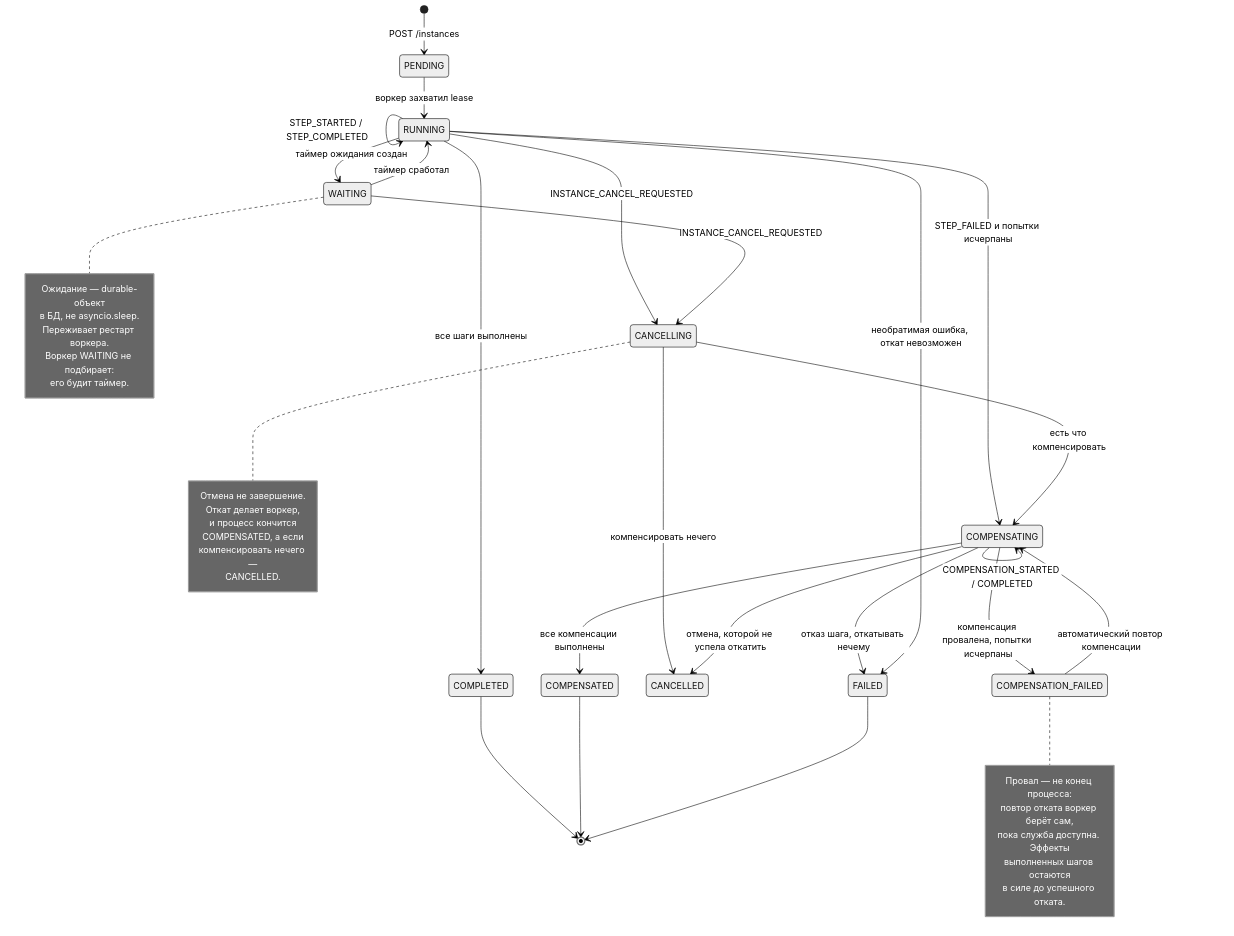
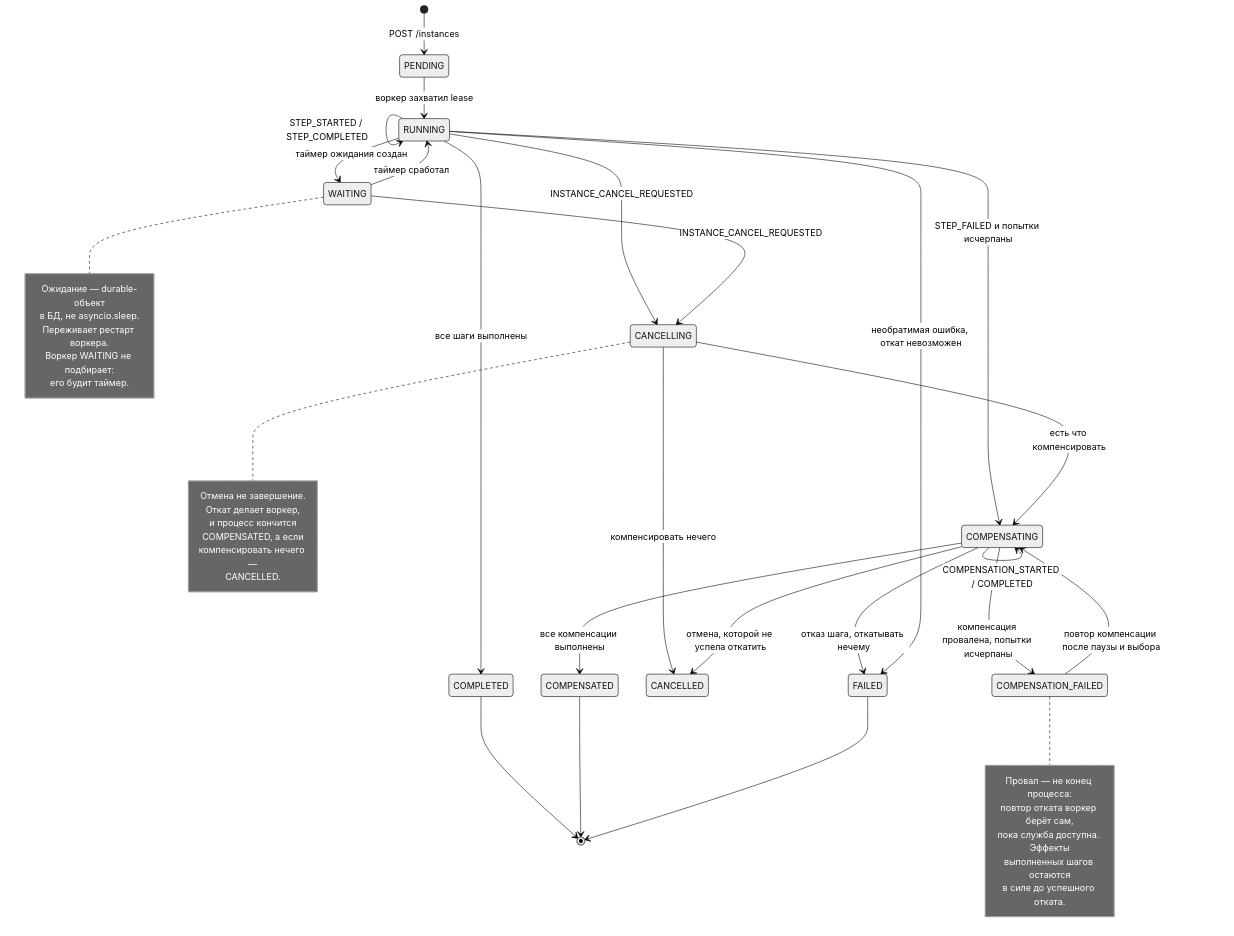
The fourth of 4 diagrams in docs/ENGINE.md (tolstosheev/workflow-engine), drawn with Mermaid (neutral theme) before and after one commit. The commit also changed 9 other files, not shown here.

````diff
--- a/docs/ENGINE.md
+++ b/docs/ENGINE.md
@@ -613,54 +613,54 @@
 ```mermaid
 stateDiagram-v2
     [*] --> PENDING: POST /instances
 
     PENDING --> RUNNING: воркер захватил lease
     RUNNING --> RUNNING: STEP_STARTED / STEP_COMPLETED
     RUNNING --> WAITING: таймер ожидания создан
     WAITING --> RUNNING: таймер сработал
 
     RUNNING --> COMPENSATING: STEP_FAILED и попытки исчерпаны
     RUNNING --> CANCELLING: INSTANCE_CANCEL_REQUESTED
     WAITING --> CANCELLING: INSTANCE_CANCEL_REQUESTED
     CANCELLING --> COMPENSATING: есть что компенсировать
 
     COMPENSATING --> COMPENSATING: COMPENSATION_STARTED / COMPLETED
     COMPENSATING --> COMPENSATION_FAILED: компенсация провалена, попытки исчерпаны
-    COMPENSATION_FAILED --> COMPENSATING: автоматический повтор компенсации
+    COMPENSATION_FAILED --> COMPENSATING: повтор компенсации после паузы и выбора
 
     COMPENSATING --> COMPENSATED: все компенсации выполнены
     CANCELLING --> CANCELLED: компенсировать нечего
     COMPENSATING --> CANCELLED: отмена, которой не успела откатить
     COMPENSATING --> FAILED: отказ шага, откатывать нечему
     RUNNING --> FAILED: необратимая ошибка, откат невозможен
     RUNNING --> COMPLETED: все шаги выполнены
 
     COMPLETED --> [*]
     COMPENSATED --> [*]
     FAILED --> [*]
 
     note right of COMPENSATION_FAILED
         Провал — не конец процесса:
         повтор отката воркер берёт сам,
         пока служба доступна. Эффекты
         выполненных шагов остаются
         в силе до успешного отката.
     end note
 
     note right of WAITING
         Ожидание — durable-объект
         в БД, не asyncio.sleep.
         Переживает рестарт воркера.
         Воркер WAITING не подбирает:
         его будит таймер.
     end note
 
     note right of CANCELLING
         Отмена не завершение.
         Откат делает воркер,
         и процесс кончится
         COMPENSATED, а если
         компенсировать нечего —
         CANCELLED.
     end note
 ```
````
